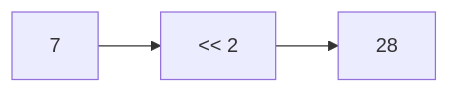
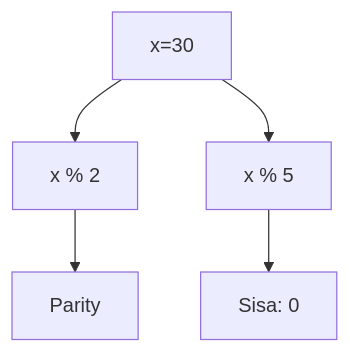
Diagram 11 of 25 in part-c-pemahaman-cpp/06-bitwise/latihan/set-06.md (amnahwaida/OSNK_INF_PREP), drawn with Mermaid before and after one commit. The commit also changed other lines of this file and 71 other files, not shown here.

````diff
--- a/part-c-pemahaman-cpp/06-bitwise/latihan/set-06.md
+++ b/part-c-pemahaman-cpp/06-bitwise/latihan/set-06.md
@@ -241,5 +325,7 @@
 ```mermaid
-graph LR
-    A[7] --> B["<< 2"]
-    B --> C[28]
+graph TD
+A[x=30] --> B[x % 2]
+B --> C[Parity]
+A --> D[x % 5]
+D --> E[Sisa: 0]
 ```
````
